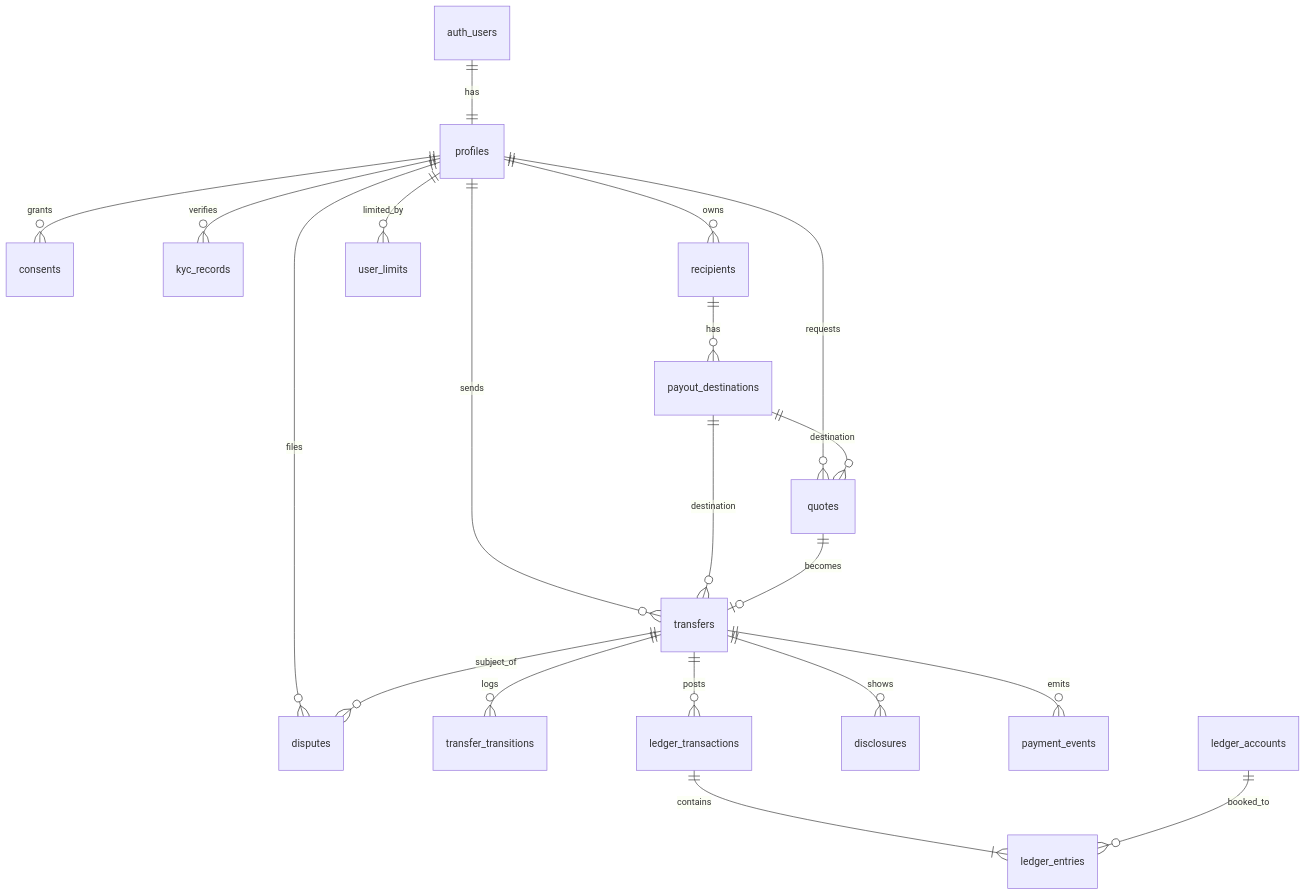
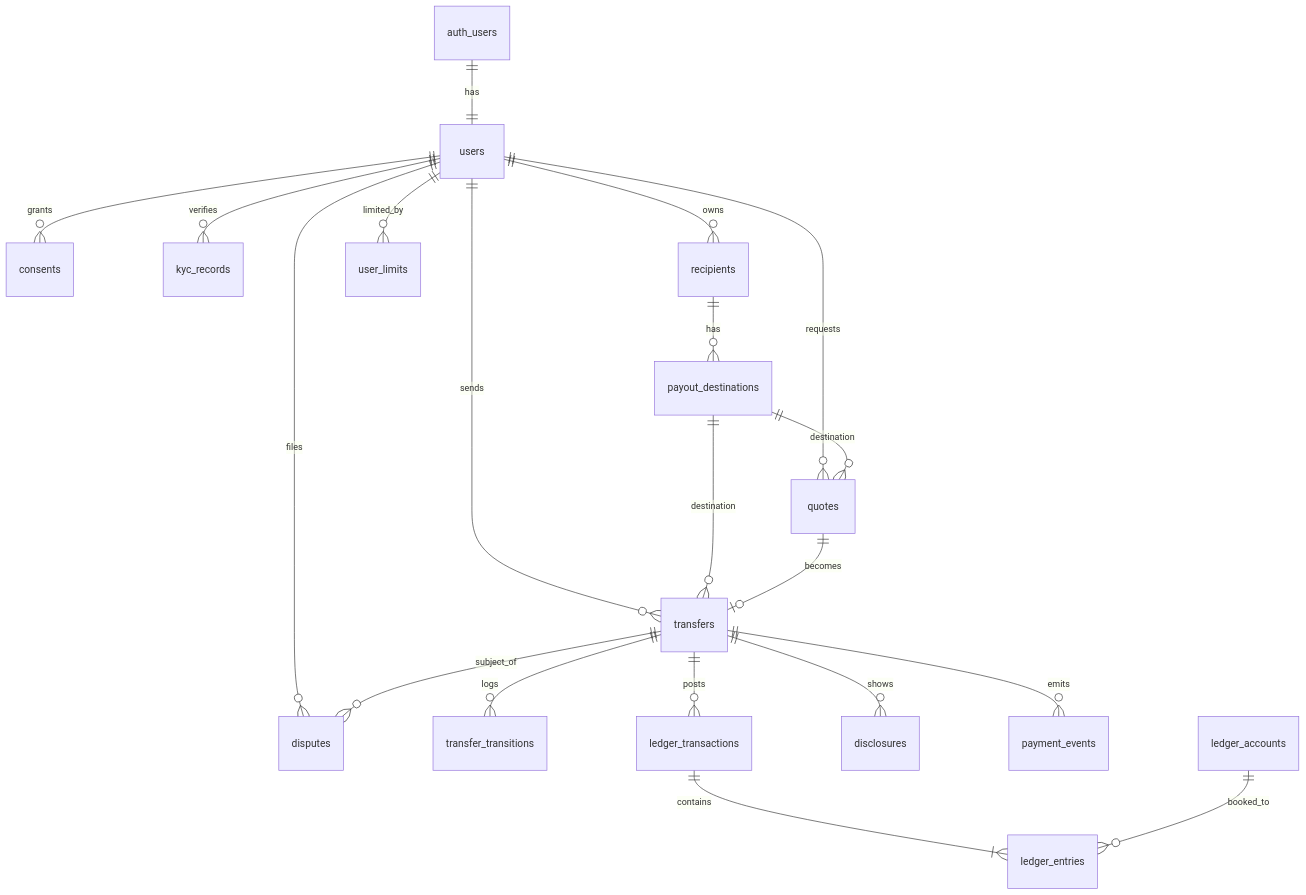
One commit to PuenteFinancial/PuenteApp changed the diagram in docs/erd.md. Above: the diagram before and after it, drawn with Mermaid. The commit also changed other lines of this file and 14 other files, not shown here.

````diff
--- a/docs/erd.md
+++ b/docs/erd.md
@@ -27,22 +30,22 @@
 ```mermaid
 erDiagram
-    auth_users         ||--||  profiles            : has
-    profiles           ||--o{  consents            : grants
-    profiles           ||--o{  kyc_records         : verifies
-    profiles           ||--o{  recipients          : owns
-    profiles           ||--o{  quotes              : requests
-    profiles           ||--o{  transfers           : sends
-    profiles           ||--o{  user_limits         : limited_by
-    profiles           ||--o{  disputes            : files
+    auth_users         ||--||  users               : has
+    users              ||--o{  consents            : grants
+    users              ||--o{  kyc_records         : verifies
+    users              ||--o{  recipients          : owns
+    users              ||--o{  quotes              : requests
+    users              ||--o{  transfers           : sends
+    users              ||--o{  user_limits         : limited_by
+    users              ||--o{  disputes            : files
     recipients         ||--o{  payout_destinations : has
     payout_destinations||--o{  quotes              : destination
     payout_destinations||--o{  transfers           : destination
     quotes             ||--o|  transfers           : becomes
     transfers          ||--o{  transfer_transitions: logs
     transfers          ||--o{  ledger_transactions : posts
     transfers          ||--o{  disclosures         : shows
     transfers          ||--o{  payment_events      : emits
     transfers          ||--o{  disputes            : subject_of
     ledger_transactions||--|{  ledger_entries      : contains
     ledger_accounts    ||--o{  ledger_entries      : booked_to
 ```
````
